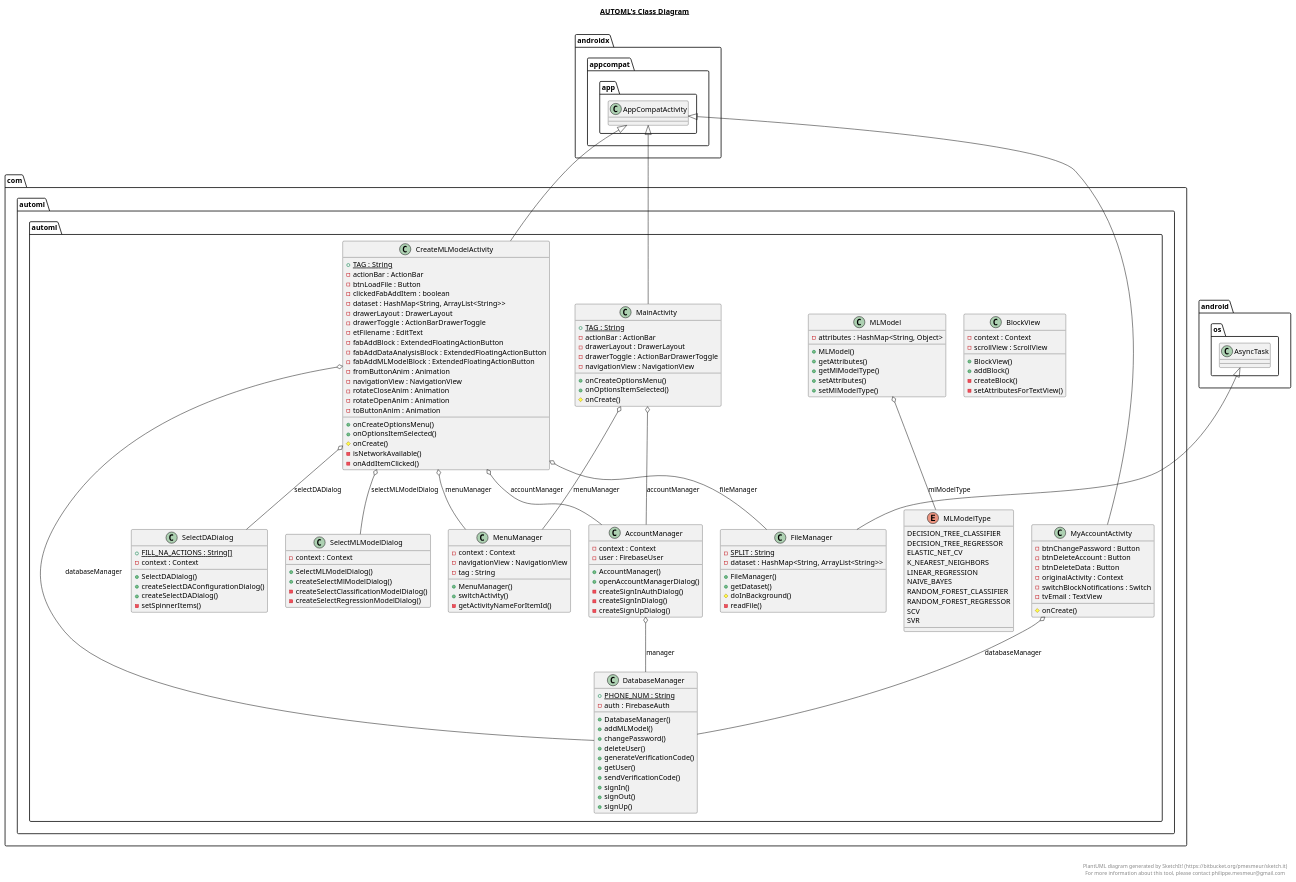
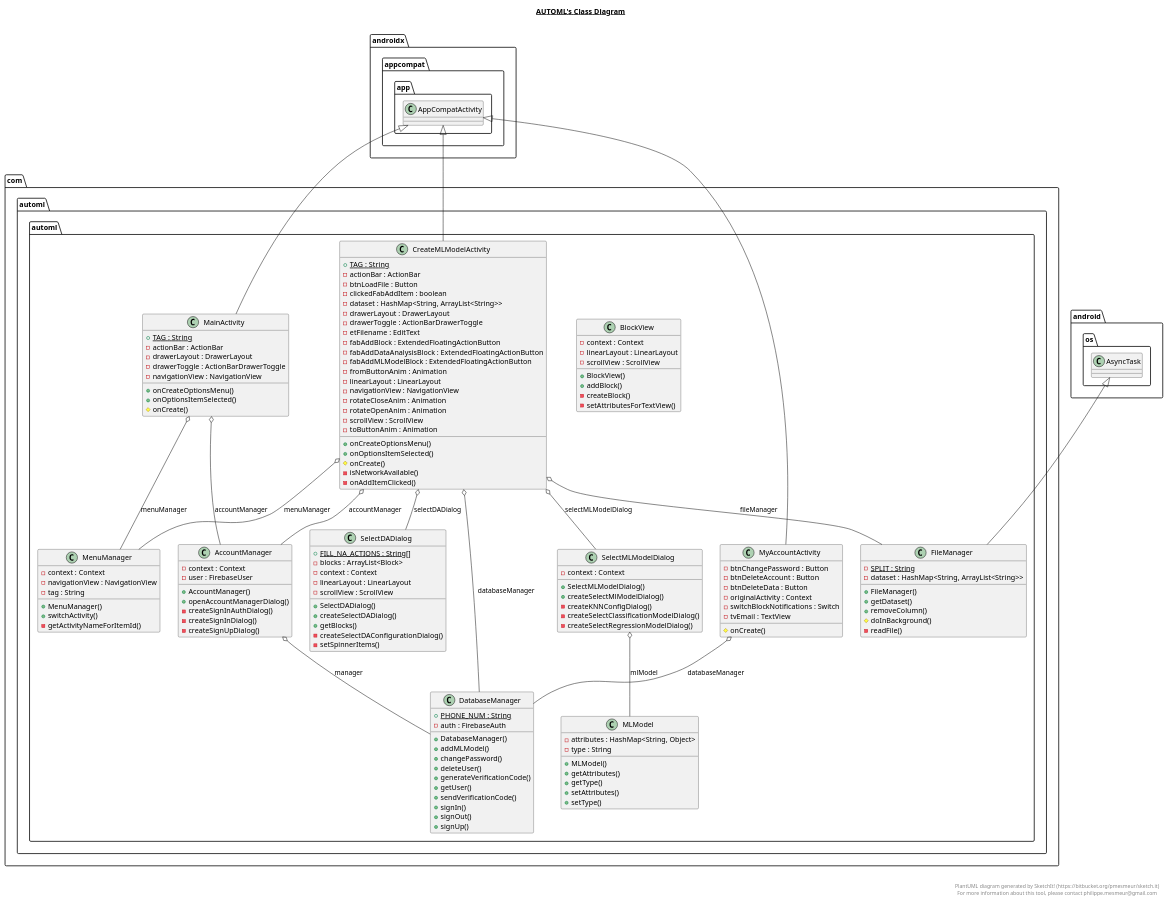
The diagram in app/src/main/java/com/automl/automl/automl.plantuml (TomerReiner/AutoML), drawn with PlantUML before and after one commit. The commit also changed 19 other files, not shown here.

```diff
--- a/app/src/main/java/com/automl/automl/automl.plantuml
+++ b/app/src/main/java/com/automl/automl/automl.plantuml
@@ -18,6 +18,7 @@
   namespace com.automl.automl {
     class com.automl.automl.BlockView {
         - context : Context
+        - linearLayout : LinearLayout
         - scrollView : ScrollView
         + BlockView()
         + addBlock()
@@ -41,9 +42,11 @@
         - fabAddDataAnalysisBlock : ExtendedFloatingActionButton
         - fabAddMLModelBlock : ExtendedFloatingActionButton
         - fromButtonAnim : Animation
+        - linearLayout : LinearLayout
         - navigationView : NavigationView
         - rotateCloseAnim : Animation
         - rotateOpenAnim : Animation
+        - scrollView : ScrollView
         - toButtonAnim : Animation
         + onCreateOptionsMenu()
         + onOptionsItemSelected()
@@ -78,6 +81,7 @@
         - dataset : HashMap<String, ArrayList<String>>
         + FileManager()
         + getDataset()
+        + removeColumn()
         # doInBackground()
         - readFile()
     }
@@ -87,27 +91,12 @@
   namespace com.automl.automl {
     class com.automl.automl.MLModel {
         - attributes : HashMap<String, Object>
+        - type : String
         + MLModel()
         + getAttributes()
-        + getMlModelType()
+        + getType()
         + setAttributes()
-        + setMlModelType()
-    }
-  }
-  
-
-  namespace com.automl.automl {
-    enum MLModelType {
-      DECISION_TREE_CLASSIFIER
-      DECISION_TREE_REGRESSOR
-      ELASTIC_NET_CV
-      K_NEAREST_NEIGHBORS
-      LINEAR_REGRESSION
-      NAIVE_BAYES
-      RANDOM_FOREST_CLASSIFIER
-      RANDOM_FOREST_REGRESSOR
-      SCV
-      SVR
+        + setType()
     }
   }
   
@@ -154,10 +143,14 @@
   namespace com.automl.automl {
     class com.automl.automl.SelectDADialog {
         {static} + FILL_NA_ACTIONS : String[]
+        - blocks : ArrayList<Block>
         - context : Context
+        - linearLayout : LinearLayout
+        - scrollView : ScrollView
         + SelectDADialog()
-        + createSelectDAConfigurationDialog()
         + createSelectDADialog()
+        + getBlocks()
+        - createSelectDAConfigurationDialog()
         - setSpinnerItems()
     }
   }
@@ -168,6 +161,7 @@
         - context : Context
         + SelectMLModelDialog()
         + createSelectMlModelDialog()
+        - createKNNConfigDialog()
         - createSelectClassificationModelDialog()
         - createSelectRegressionModelDialog()
     }
@@ -183,12 +177,12 @@
   com.automl.automl.CreateMLModelActivity o-- com.automl.automl.SelectDADialog : selectDADialog
   com.automl.automl.CreateMLModelActivity o-- com.automl.automl.SelectMLModelDialog : selectMLModelDialog
   com.automl.automl.FileManager -up-|> android.os.AsyncTask
-  com.automl.automl.MLModel o-- com.automl.automl.MLModelType : mlModelType
   com.automl.automl.MainActivity -up-|> androidx.appcompat.app.AppCompatActivity
   com.automl.automl.MainActivity o-- com.automl.automl.AccountManager : accountManager
   com.automl.automl.MainActivity o-- com.automl.automl.MenuManager : menuManager
   com.automl.automl.MyAccountActivity -up-|> androidx.appcompat.app.AppCompatActivity
   com.automl.automl.MyAccountActivity o-- com.automl.automl.DatabaseManager : databaseManager
+  com.automl.automl.SelectMLModelDialog o-- com.automl.automl.MLModel : mlModel
 
 
 right footer
```
